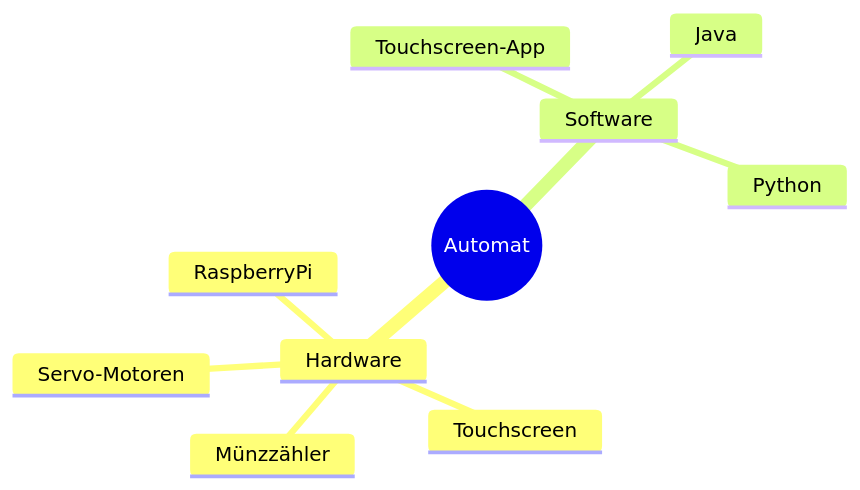
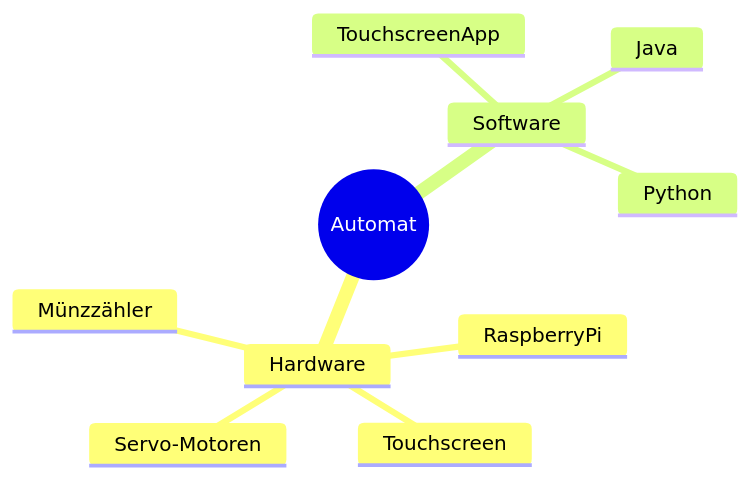
The diagram in README.md (Darabrob/Projekt_Automat), drawn with Mermaid before and after one commit.

````diff
--- a/README.md
+++ b/README.md
@@ -3,13 +3,13 @@
 ```mermaid
 mindmap
   root((Automat))
     Hardware
       RaspberryPi
       Touchscreen
       Münzzähler
       Servo-Motoren
     Software
-      Touchscreen-App
+      TouchscreenApp
       Java
       Python
 ```
````
